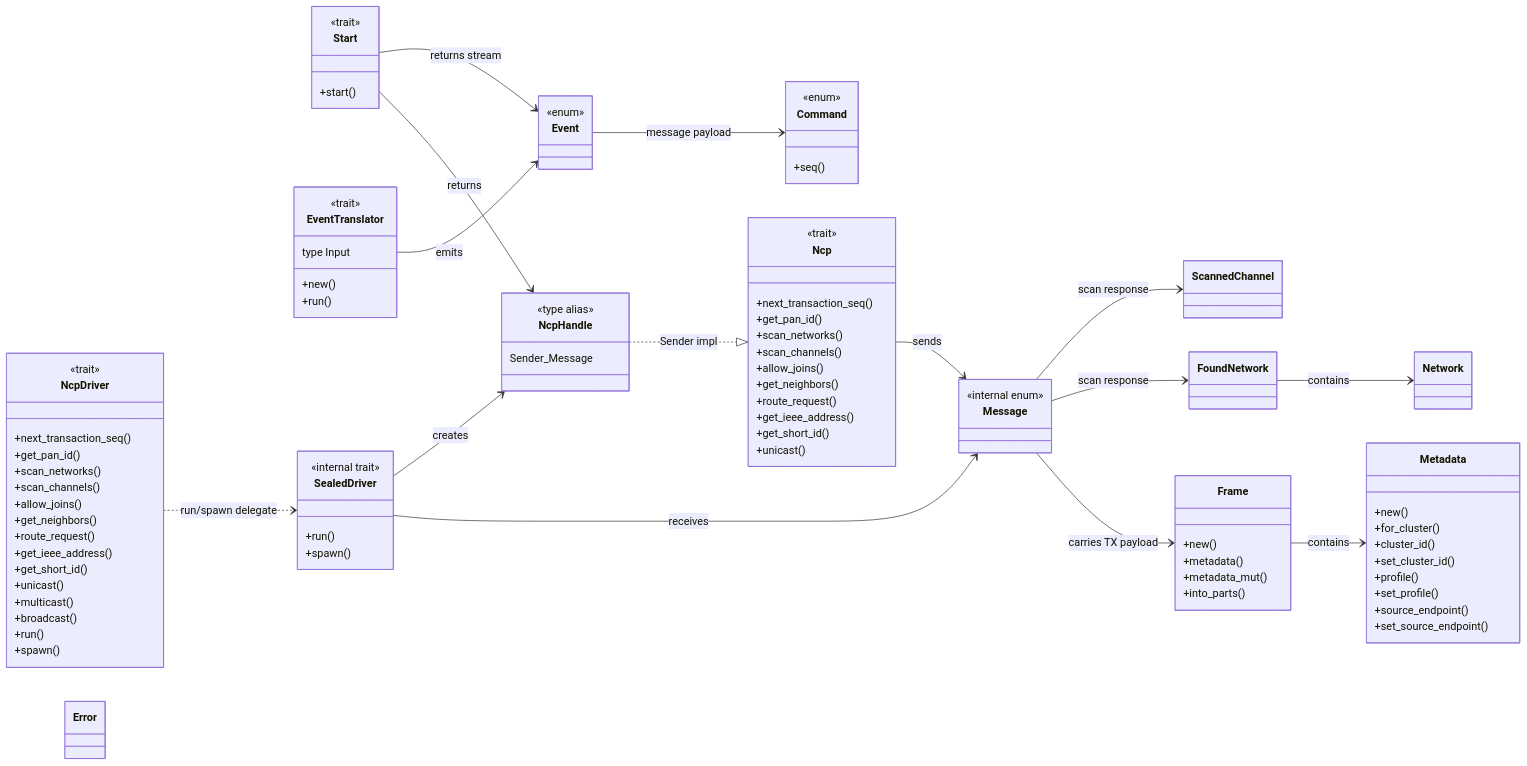
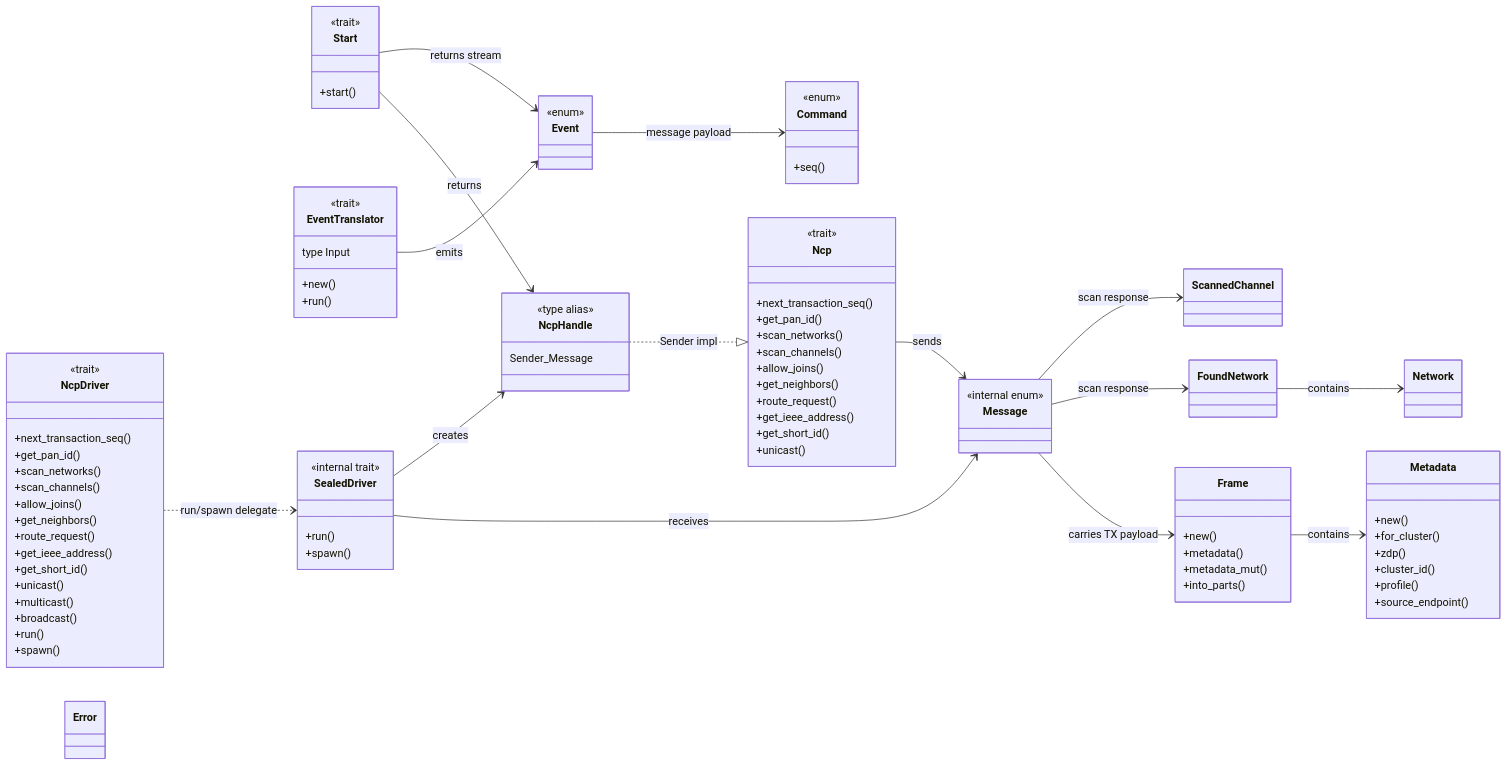
Before and after one commit to PaulmannLighting/apis-saltans: the first of 3 diagrams in apis-saltans-hw/ARCHITECTURE.md, drawn with Mermaid. The commit also changed other lines of this file, not shown here.

Commit message:
Update architecture documentation.

```diff
--- a/apis-saltans-hw/ARCHITECTURE.md
+++ b/apis-saltans-hw/ARCHITECTURE.md
@@ -121,12 +121,10 @@
     class Metadata {
         +new()
         +for_cluster()
+        +zdp()
         +cluster_id()
-        +set_cluster_id()
         +profile()
-        +set_profile()
         +source_endpoint()
-        +set_source_endpoint()
     }
 
     class FoundNetwork
```
